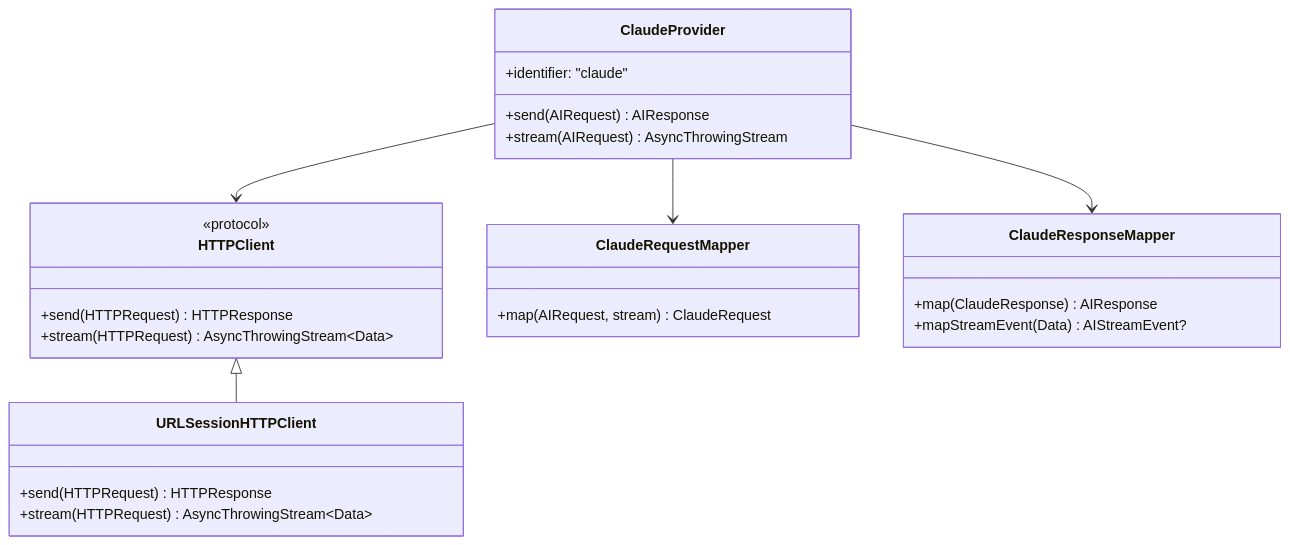
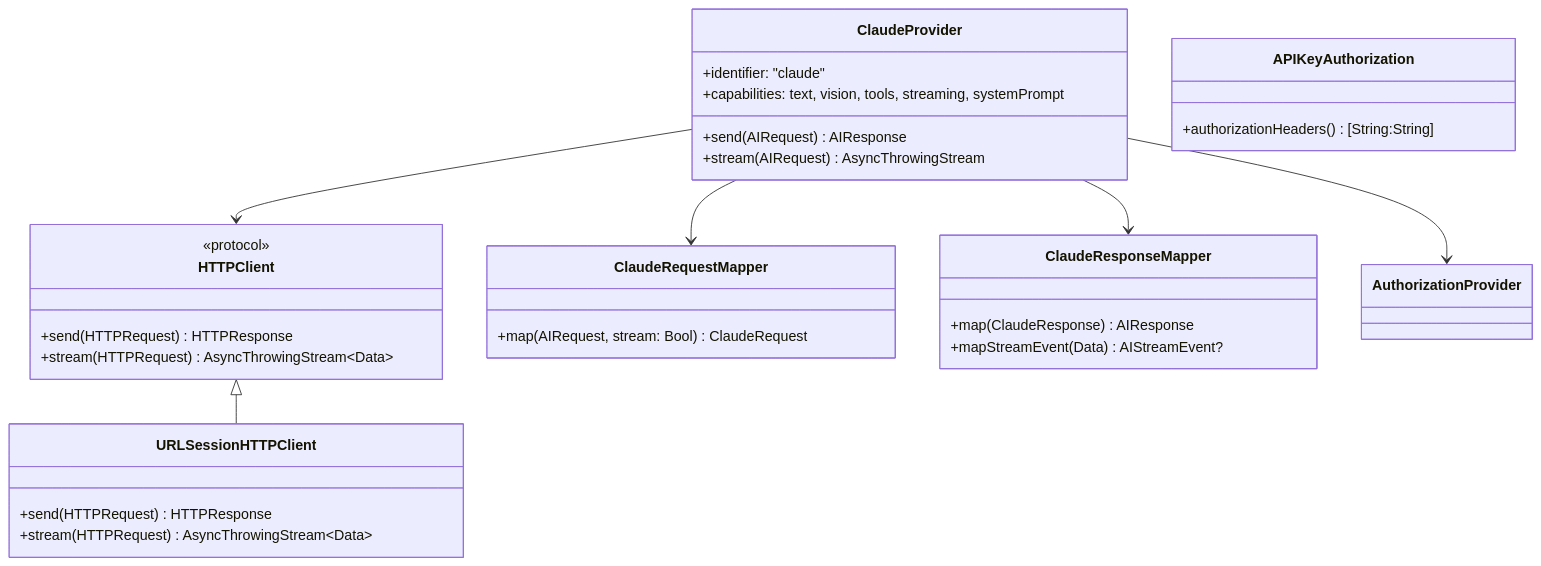
The fifth of 7 diagrams in Documentation/Architecture.md (molayab/swift-ai-provider-kit), drawn with Mermaid before and after one commit. The commit also changed other lines of this file and 7 other files, not shown here.

````diff
--- a/Documentation/Architecture.md
+++ b/Documentation/Architecture.md
@@ -126,33 +206,39 @@
 ```mermaid
 classDiagram
     class ClaudeProvider {
         +identifier: "claude"
+        +capabilities: text, vision, tools, streaming, systemPrompt
         +send(AIRequest) AIResponse
         +stream(AIRequest) AsyncThrowingStream
     }
 
     class HTTPClient {
         <<protocol>>
         +send(HTTPRequest) HTTPResponse
         +stream(HTTPRequest) AsyncThrowingStream~Data~
     }
 
     class ClaudeRequestMapper {
-        +map(AIRequest, stream) ClaudeRequest
+        +map(AIRequest, stream: Bool) ClaudeRequest
     }
 
     class ClaudeResponseMapper {
         +map(ClaudeResponse) AIResponse
         +mapStreamEvent(Data) AIStreamEvent?
     }
 
     class URLSessionHTTPClient {
         +send(HTTPRequest) HTTPResponse
         +stream(HTTPRequest) AsyncThrowingStream~Data~
     }
 
+    class APIKeyAuthorization {
+        +authorizationHeaders() [String:String]
+    }
+
     HTTPClient <|-- URLSessionHTTPClient
     ClaudeProvider --> HTTPClient
     ClaudeProvider --> ClaudeRequestMapper
     ClaudeProvider --> ClaudeResponseMapper
+    ClaudeProvider --> AuthorizationProvider
 ```
````
